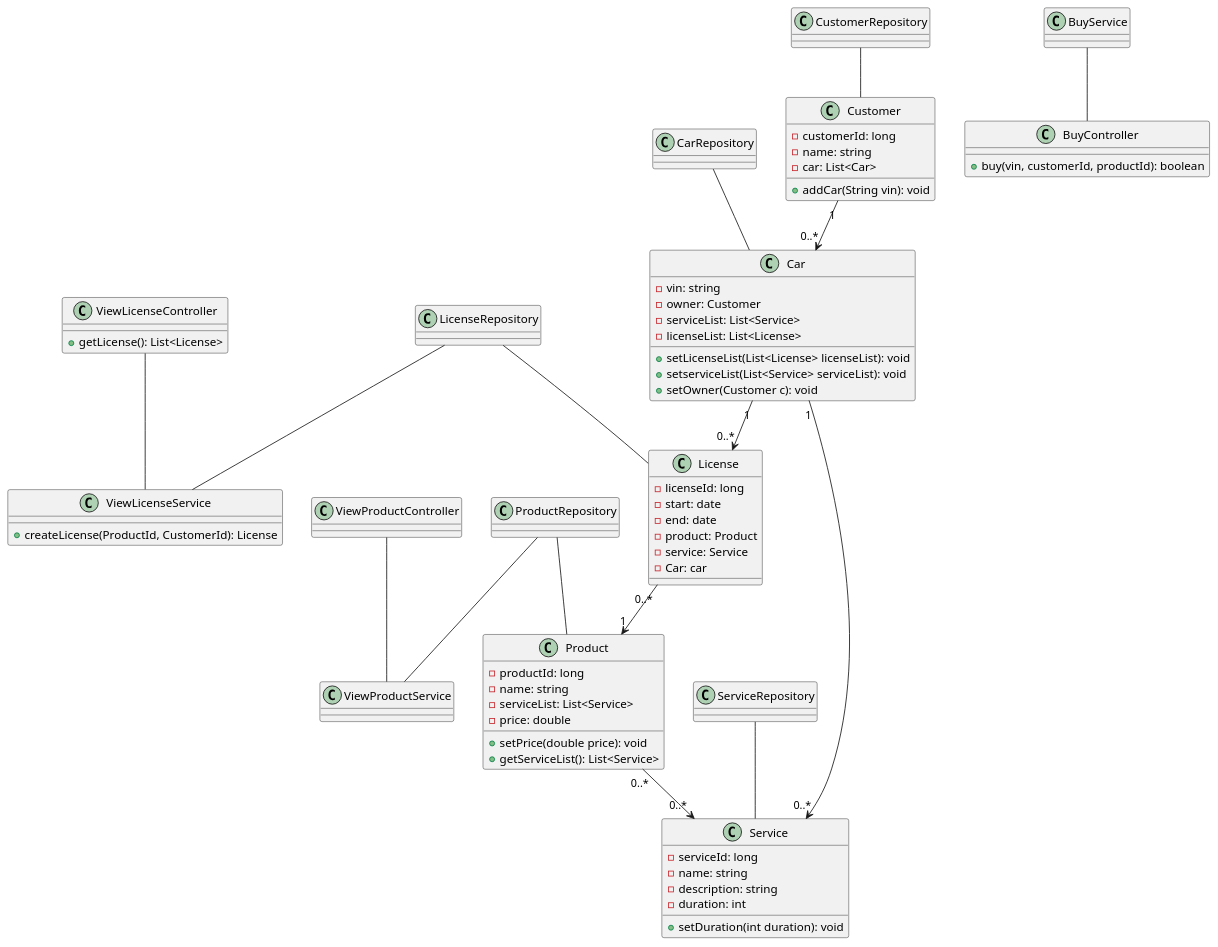
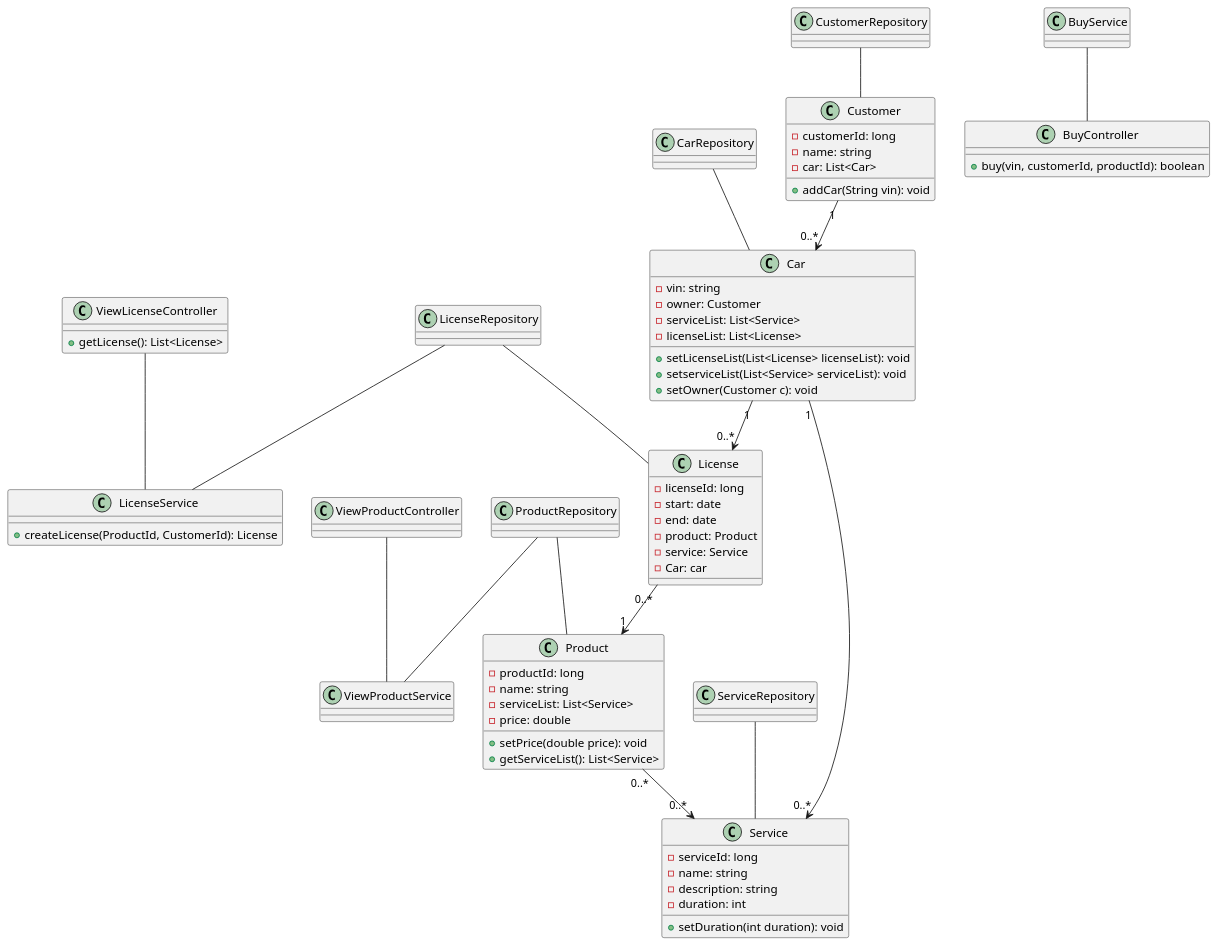
One commit to ljbg1996/car-backend changed the diagram in .idea/2.0 class.puml. Above: the diagram before and after it, drawn with PlantUML. The commit also changed 1 other file, not shown here.

Commit message:
View License Sequence Morning Push

```diff
--- a/.idea/2.0 class.puml
+++ b/.idea/2.0 class.puml
@@ -1,139 +1,139 @@
 @startuml
 class Car {
     - vin: string
     - owner: Customer
     - serviceList: List<Service>
     - licenseList: List<License>
 
     + setLicenseList(List<License> licenseList): void
     + setserviceList(List<Service> serviceList): void
     + setOwner(Customer c): void
 
 }
 
 class CarRepository{
 
 
 }
 
 class Customer {
     - customerId: long
     - name: string
     - car: List<Car>
 
     + addCar(String vin): void
 
 
 }
 
 class CustomerRepository{
 
 
 }
 
 
 
 class Product {
     - productId: long
     - name: string
     - serviceList: List<Service>
     - price: double
 
     + setPrice(double price): void
     + getServiceList(): List<Service>
 
 }
 
 class ProductRepository{
 
 
 }
 
 class Service {
     - serviceId: long
     - name: string
     - description: string
     - duration: int
 
     + setDuration(int duration): void
 }
 
 class ServiceRepository{
 
 
 }
 
 class License {
     - licenseId: long
     - start: date
     - end: date
     - product: Product
     - service: Service
     - Car: car
 
    '+ extendLicense(license: License, duration: int): void
 
 }
 
 class LicenseRepository{
 
 
 }
 
 class ViewLicenseController {
 
 
     + getLicense(): List<License>
 
 }
 
 class BuyController {
 
     + buy(vin, customerId, productId): boolean
 
 }
 
 class ViewProductController {
 
 
 }
 
-class ViewLicenseService{
+class LicenseService{
 
     + createLicense(ProductId, CustomerId): License
 
 }
 
 class BuyService {
 
 
 }
 
 class ViewProductService {
 
 
 }
 
 
 
 
 
 
 
 LicenseRepository-- License
-ViewLicenseController -- ViewLicenseService
-LicenseRepository -- ViewLicenseService
+ViewLicenseController -- LicenseService
+LicenseRepository -- LicenseService
 ProductRepository -- Product
 ProductRepository -- ViewProductService
 ViewProductController -- ViewProductService
 BuyService -- BuyController
 CarRepository -- Car
 CustomerRepository -- Customer
 ServiceRepository -- Service
 Customer "1" --> "0..*" Car
 Car "1" --> "0..*" License
 Car "1" --> "0..*" Service
 License "0..*"--> "1"Product
 Product "0..*" --> "0..*" Service
 
 @enduml
```
